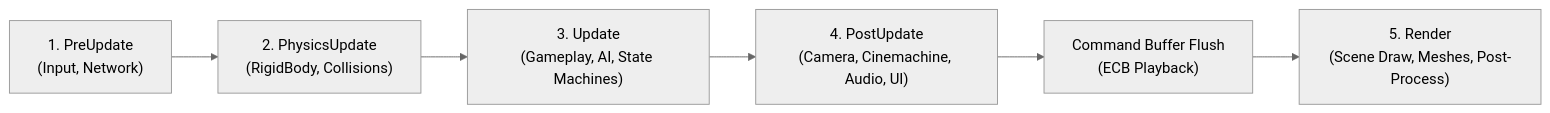
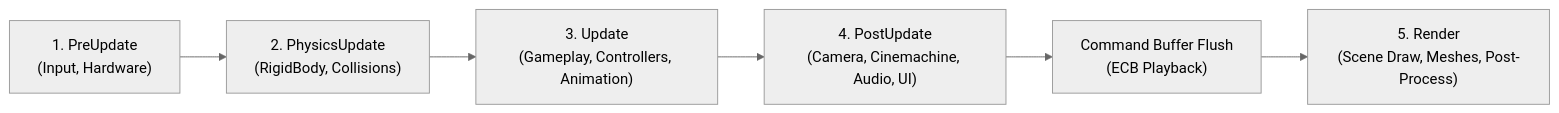
One commit to tristepin222/CrimsonEngine changed the diagram in docs/ecs_system.md. Above: the diagram before and after it, drawn with Mermaid (neutral theme). The commit also changed other lines of this file and 9 other files, not shown here.

````diff
--- a/docs/ecs_system.md
+++ b/docs/ecs_system.md
@@ -131,8 +137,8 @@
 ```mermaid
 flowchart LR
-    PreUpdate["1. PreUpdate<br/>(Input, Network)"] --> Physics["2. PhysicsUpdate<br/>(RigidBody, Collisions)"]
-    Physics --> Update["3. Update<br/>(Gameplay, AI, State Machines)"]
+    PreUpdate["1. PreUpdate<br/>(Input, Hardware)"] --> Physics["2. PhysicsUpdate<br/>(RigidBody, Collisions)"]
+    Physics --> Update["3. Update<br/>(Gameplay, Controllers, Animation)"]
     Update --> PostUpdate["4. PostUpdate<br/>(Camera, Cinemachine, Audio, UI)"]
     PostUpdate --> Flush["Command Buffer Flush<br/>(ECB Playback)"]
     Flush --> RenderStage["5. Render<br/>(Scene Draw, Meshes, Post-Process)"]
 ```
````
